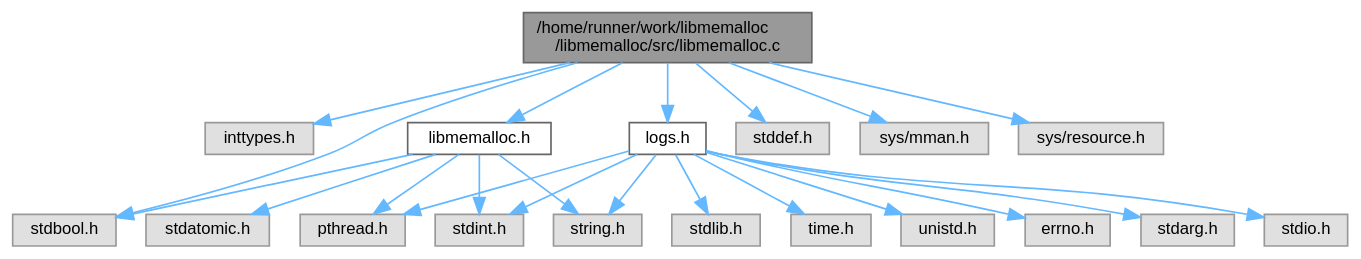
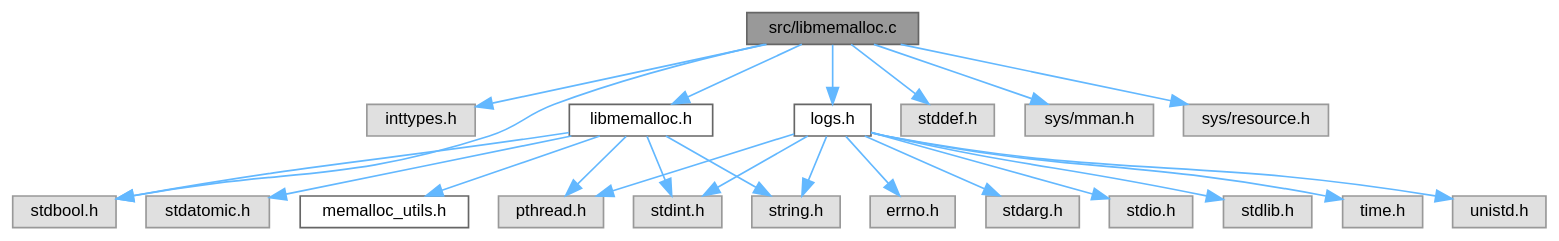
The diagram in libmemalloc_8c__incl.dot (RafaelVVolkmer/libmemalloc), drawn with Graphviz before and after one commit. The commit also changed 89 other files, not shown here.

```diff
--- a/libmemalloc_8c__incl.dot
+++ b/libmemalloc_8c__incl.dot
@@ -1,46 +1,48 @@
-digraph "/home/runner/work/libmemalloc/libmemalloc/src/libmemalloc.c"
+digraph "src/libmemalloc.c"
 {
  // LATEX_PDF_SIZE
   bgcolor="transparent";
   edge [fontname=Helvetica,fontsize=10,labelfontname=Helvetica,labelfontsize=10];
   node [fontname=Helvetica,fontsize=10,shape=box,height=0.2,width=0.4];
-  Node1 [id="Node000001",label="/home/runner/work/libmemalloc\l/libmemalloc/src/libmemalloc.c",height=0.2,width=0.4,color="gray40", fillcolor="grey60", style="filled", fontcolor="black",tooltip="Core memory management components for libmemalloc."];
+  Node1 [id="Node000001",label="src/libmemalloc.c",height=0.2,width=0.4,color="gray40", fillcolor="grey60", style="filled", fontcolor="black",tooltip="Core memory management components for libmemalloc."];
   Node1 -> Node2 [id="edge1_Node000001_Node000002",color="steelblue1",style="solid",tooltip=" "];
   Node2 [id="Node000002",label="inttypes.h",height=0.2,width=0.4,color="grey60", fillcolor="#E0E0E0", style="filled",tooltip=" "];
   Node1 -> Node3 [id="edge2_Node000001_Node000003",color="steelblue1",style="solid",tooltip=" "];
   Node3 [id="Node000003",label="stdbool.h",height=0.2,width=0.4,color="grey60", fillcolor="#E0E0E0", style="filled",tooltip=" "];
   Node1 -> Node4 [id="edge3_Node000001_Node000004",color="steelblue1",style="solid",tooltip=" "];
   Node4 [id="Node000004",label="stddef.h",height=0.2,width=0.4,color="grey60", fillcolor="#E0E0E0", style="filled",tooltip=" "];
   Node1 -> Node5 [id="edge4_Node000001_Node000005",color="steelblue1",style="solid",tooltip=" "];
   Node5 [id="Node000005",label="sys/mman.h",height=0.2,width=0.4,color="grey60", fillcolor="#E0E0E0", style="filled",tooltip=" "];
   Node1 -> Node6 [id="edge5_Node000001_Node000006",color="steelblue1",style="solid",tooltip=" "];
   Node6 [id="Node000006",label="sys/resource.h",height=0.2,width=0.4,color="grey60", fillcolor="#E0E0E0", style="filled",tooltip=" "];
   Node1 -> Node7 [id="edge6_Node000001_Node000007",color="steelblue1",style="solid",tooltip=" "];
   Node7 [id="Node000007",label="libmemalloc.h",height=0.2,width=0.4,color="grey40", fillcolor="white", style="filled",URL="$libmemalloc_8h.html",tooltip=" "];
   Node7 -> Node8 [id="edge7_Node000007_Node000008",color="steelblue1",style="solid",tooltip=" "];
   Node8 [id="Node000008",label="pthread.h",height=0.2,width=0.4,color="grey60", fillcolor="#E0E0E0", style="filled",tooltip=" "];
   Node7 -> Node9 [id="edge8_Node000007_Node000009",color="steelblue1",style="solid",tooltip=" "];
   Node9 [id="Node000009",label="stdatomic.h",height=0.2,width=0.4,color="grey60", fillcolor="#E0E0E0", style="filled",tooltip=" "];
   Node7 -> Node3 [id="edge9_Node000007_Node000003",color="steelblue1",style="solid",tooltip=" "];
   Node7 -> Node10 [id="edge10_Node000007_Node000010",color="steelblue1",style="solid",tooltip=" "];
   Node10 [id="Node000010",label="stdint.h",height=0.2,width=0.4,color="grey60", fillcolor="#E0E0E0", style="filled",tooltip=" "];
   Node7 -> Node11 [id="edge11_Node000007_Node000011",color="steelblue1",style="solid",tooltip=" "];
   Node11 [id="Node000011",label="string.h",height=0.2,width=0.4,color="grey60", fillcolor="#E0E0E0", style="filled",tooltip=" "];
-  Node1 -> Node12 [id="edge12_Node000001_Node000012",color="steelblue1",style="solid",tooltip=" "];
-  Node12 [id="Node000012",label="logs.h",height=0.2,width=0.4,color="grey40", fillcolor="white", style="filled",URL="$logs_8h.html",tooltip="Logging macros and configuration for libmemalloc."];
-  Node12 -> Node13 [id="edge13_Node000012_Node000013",color="steelblue1",style="solid",tooltip=" "];
-  Node13 [id="Node000013",label="errno.h",height=0.2,width=0.4,color="grey60", fillcolor="#E0E0E0", style="filled",tooltip=" "];
-  Node12 -> Node8 [id="edge14_Node000012_Node000008",color="steelblue1",style="solid",tooltip=" "];
-  Node12 -> Node14 [id="edge15_Node000012_Node000014",color="steelblue1",style="solid",tooltip=" "];
-  Node14 [id="Node000014",label="stdarg.h",height=0.2,width=0.4,color="grey60", fillcolor="#E0E0E0", style="filled",tooltip=" "];
-  Node12 -> Node10 [id="edge16_Node000012_Node000010",color="steelblue1",style="solid",tooltip=" "];
-  Node12 -> Node15 [id="edge17_Node000012_Node000015",color="steelblue1",style="solid",tooltip=" "];
-  Node15 [id="Node000015",label="stdio.h",height=0.2,width=0.4,color="grey60", fillcolor="#E0E0E0", style="filled",tooltip=" "];
-  Node12 -> Node16 [id="edge18_Node000012_Node000016",color="steelblue1",style="solid",tooltip=" "];
-  Node16 [id="Node000016",label="stdlib.h",height=0.2,width=0.4,color="grey60", fillcolor="#E0E0E0", style="filled",tooltip=" "];
-  Node12 -> Node11 [id="edge19_Node000012_Node000011",color="steelblue1",style="solid",tooltip=" "];
-  Node12 -> Node17 [id="edge20_Node000012_Node000017",color="steelblue1",style="solid",tooltip=" "];
-  Node17 [id="Node000017",label="time.h",height=0.2,width=0.4,color="grey60", fillcolor="#E0E0E0", style="filled",tooltip=" "];
-  Node12 -> Node18 [id="edge21_Node000012_Node000018",color="steelblue1",style="solid",tooltip=" "];
-  Node18 [id="Node000018",label="unistd.h",height=0.2,width=0.4,color="grey60", fillcolor="#E0E0E0", style="filled",tooltip=" "];
+  Node7 -> Node12 [id="edge12_Node000007_Node000012",color="steelblue1",style="solid",tooltip=" "];
+  Node12 [id="Node000012",label="memalloc_utils.h",height=0.2,width=0.4,color="grey40", fillcolor="white", style="filled",URL="$memalloc__utils_8h.html",tooltip=" "];
+  Node1 -> Node13 [id="edge13_Node000001_Node000013",color="steelblue1",style="solid",tooltip=" "];
+  Node13 [id="Node000013",label="logs.h",height=0.2,width=0.4,color="grey40", fillcolor="white", style="filled",URL="$logs_8h.html",tooltip="Logging macros and configuration for libmemalloc."];
+  Node13 -> Node14 [id="edge14_Node000013_Node000014",color="steelblue1",style="solid",tooltip=" "];
+  Node14 [id="Node000014",label="errno.h",height=0.2,width=0.4,color="grey60", fillcolor="#E0E0E0", style="filled",tooltip=" "];
+  Node13 -> Node8 [id="edge15_Node000013_Node000008",color="steelblue1",style="solid",tooltip=" "];
+  Node13 -> Node15 [id="edge16_Node000013_Node000015",color="steelblue1",style="solid",tooltip=" "];
+  Node15 [id="Node000015",label="stdarg.h",height=0.2,width=0.4,color="grey60", fillcolor="#E0E0E0", style="filled",tooltip=" "];
+  Node13 -> Node10 [id="edge17_Node000013_Node000010",color="steelblue1",style="solid",tooltip=" "];
+  Node13 -> Node16 [id="edge18_Node000013_Node000016",color="steelblue1",style="solid",tooltip=" "];
+  Node16 [id="Node000016",label="stdio.h",height=0.2,width=0.4,color="grey60", fillcolor="#E0E0E0", style="filled",tooltip=" "];
+  Node13 -> Node17 [id="edge19_Node000013_Node000017",color="steelblue1",style="solid",tooltip=" "];
+  Node17 [id="Node000017",label="stdlib.h",height=0.2,width=0.4,color="grey60", fillcolor="#E0E0E0", style="filled",tooltip=" "];
+  Node13 -> Node11 [id="edge20_Node000013_Node000011",color="steelblue1",style="solid",tooltip=" "];
+  Node13 -> Node18 [id="edge21_Node000013_Node000018",color="steelblue1",style="solid",tooltip=" "];
+  Node18 [id="Node000018",label="time.h",height=0.2,width=0.4,color="grey60", fillcolor="#E0E0E0", style="filled",tooltip=" "];
+  Node13 -> Node19 [id="edge22_Node000013_Node000019",color="steelblue1",style="solid",tooltip=" "];
+  Node19 [id="Node000019",label="unistd.h",height=0.2,width=0.4,color="grey60", fillcolor="#E0E0E0", style="filled",tooltip=" "];
 }
```
